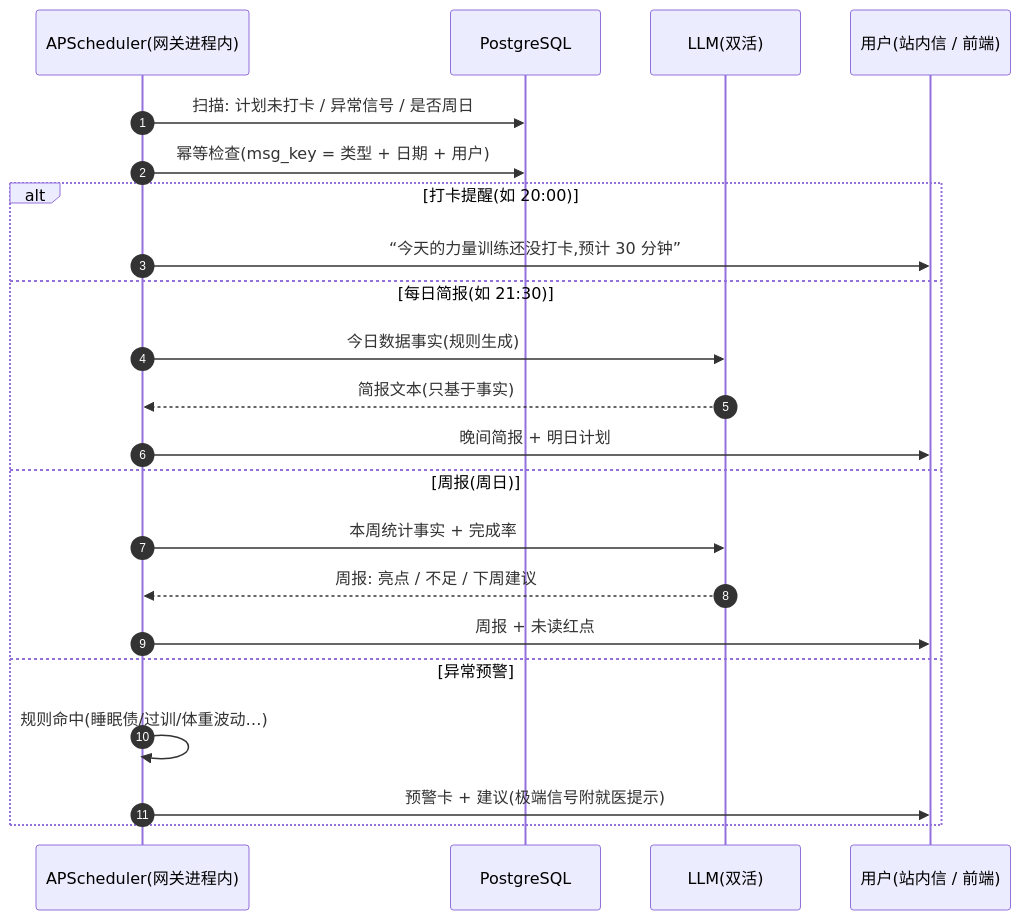
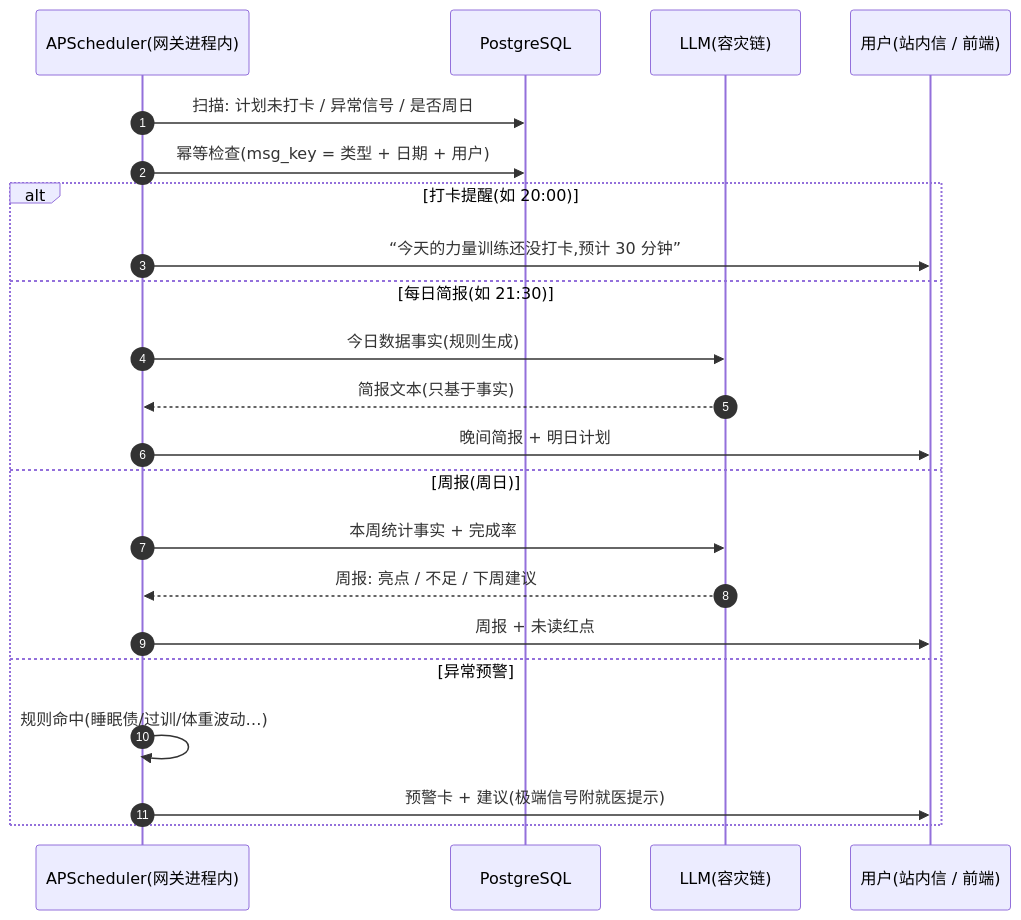
Before and after one commit to vanvanovo/health-assistant: the sixth of 8 diagrams in docs/个人健康助手总体方案与流程图.md, drawn with Mermaid. The commit also changed other lines of this file and 2 other files, not shown here.

````diff
--- a/docs/个人健康助手总体方案与流程图.md
+++ b/docs/个人健康助手总体方案与流程图.md
@@ -242,24 +242,24 @@
 ```mermaid
 sequenceDiagram
     autonumber
     participant S as APScheduler(网关进程内)
     participant DB as PostgreSQL
-    participant L as LLM(双活)
+    participant L as LLM(容灾链)
     participant U as 用户(站内信 / 前端)
     S->>DB: 扫描: 计划未打卡 / 异常信号 / 是否周日
     S->>DB: 幂等检查(msg_key = 类型 + 日期 + 用户)
     alt 打卡提醒(如 20:00)
         S->>U: “今天的力量训练还没打卡,预计 30 分钟”
     else 每日简报(如 21:30)
         S->>L: 今日数据事实(规则生成)
         L-->>S: 简报文本(只基于事实)
         S->>U: 晚间简报 + 明日计划
     else 周报(周日)
         S->>L: 本周统计事实 + 完成率
         L-->>S: 周报: 亮点 / 不足 / 下周建议
         S->>U: 周报 + 未读红点
     else 异常预警
         S->>S: 规则命中(睡眠债/过训/体重波动…)
         S->>U: 预警卡 + 建议(极端信号附就医提示)
     end
 ```
````
